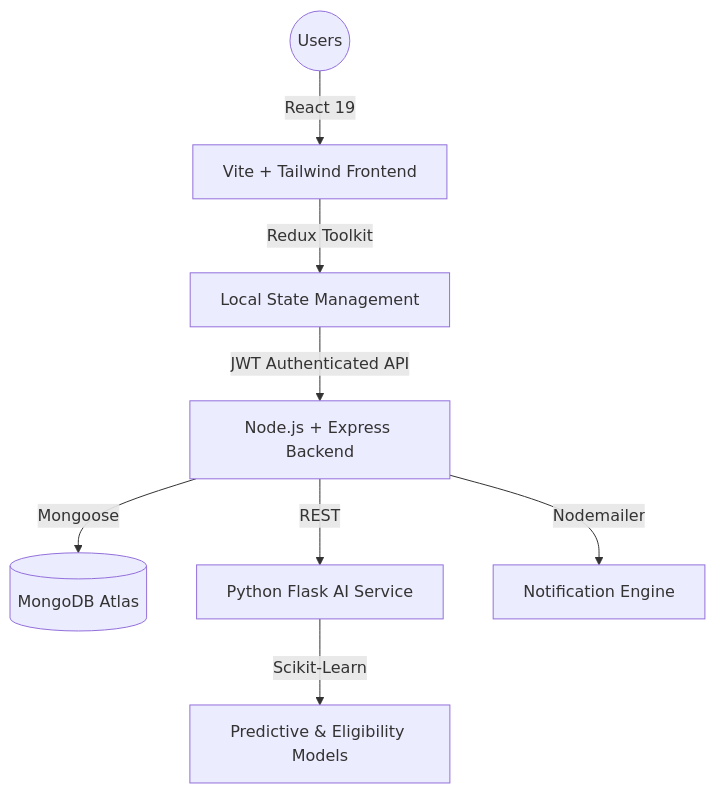
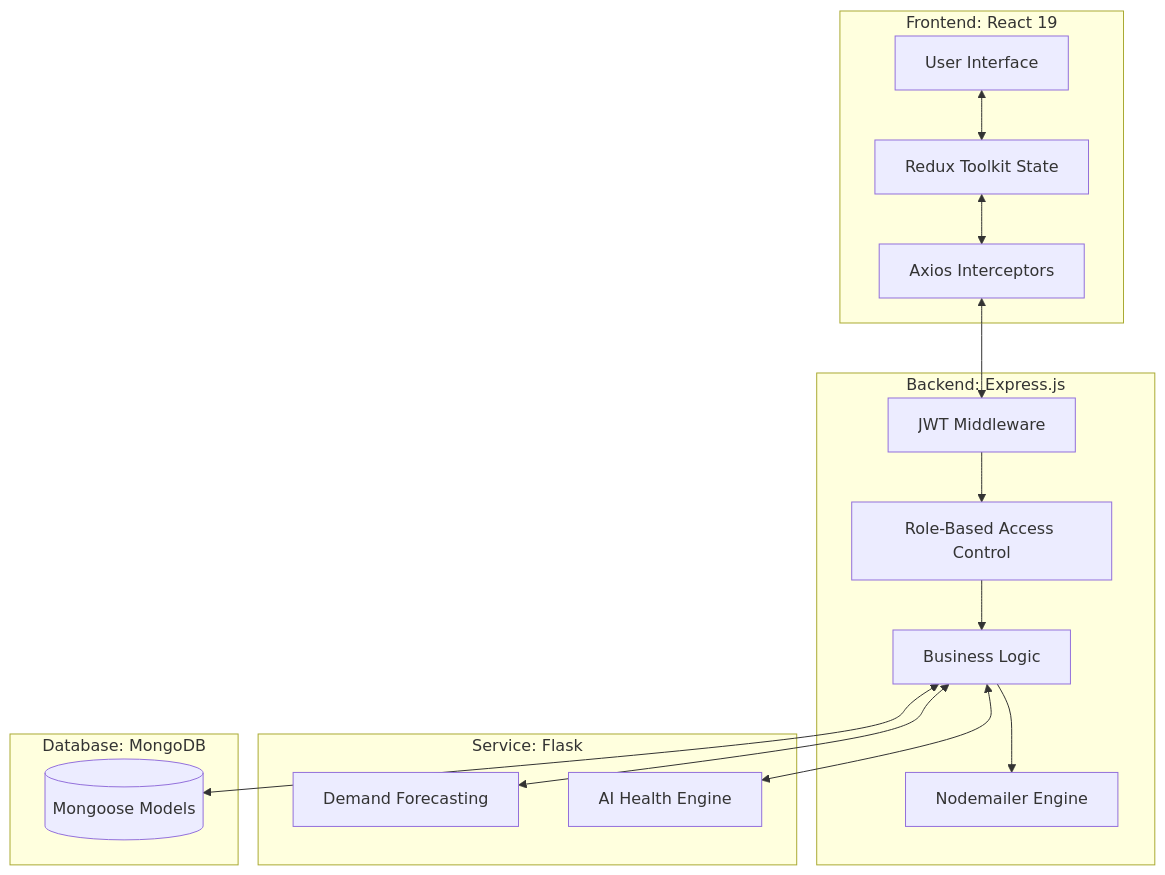
The diagram in README.md (mdIrfan4019/Blood-Donation-System), drawn with Mermaid before and after one commit. The commit also changed other lines of this file, not shown here.

````diff
--- a/README.md
+++ b/README.md
@@ -31,10 +74,34 @@
 ```mermaid
 graph TD
-    User((Users)) -->|React 19| Frontend[Vite + Tailwind Frontend]
-    Frontend -->|Redux Toolkit| State[Local State Management]
-    State -->|JWT Authenticated API| Backend[Node.js + Express Backend]
-    Backend -->|Mongoose| DB[(MongoDB Atlas)]
-    Backend -->|REST| AIService[Python Flask AI Service]
-    AIService -->|Scikit-Learn| Models[Predictive & Eligibility Models]
-    Backend -->|Nodemailer| Mail[Notification Engine]
+    subgraph Client_Tier [Frontend: React 19]
+        UI[User Interface]
+        Redux[Redux Toolkit State]
+        Axios[Axios Interceptors]
+    end
+
+    subgraph Logic_Tier [Backend: Express.js]
+        Auth[JWT Middleware]
+        RBAC[Role-Based Access Control]
+        Controllers[Business Logic]
+        Notify[Nodemailer Engine]
+    end
+
+    subgraph AI_Tier [Service: Flask]
+        Forecast[Demand Forecasting]
+        Eligibility[AI Health Engine]
+    end
+
+    subgraph Data_Tier [Database: MongoDB]
+        Models[(Mongoose Models)]
+    end
+
+    UI <--> Redux
+    Redux <--> Axios
+    Axios <--> Auth
+    Auth --> RBAC
+    RBAC --> Controllers
+    Controllers <--> Models
+    Controllers <--> Forecast
+    Controllers <--> Eligibility
+    Controllers --> Notify
 ```
````
